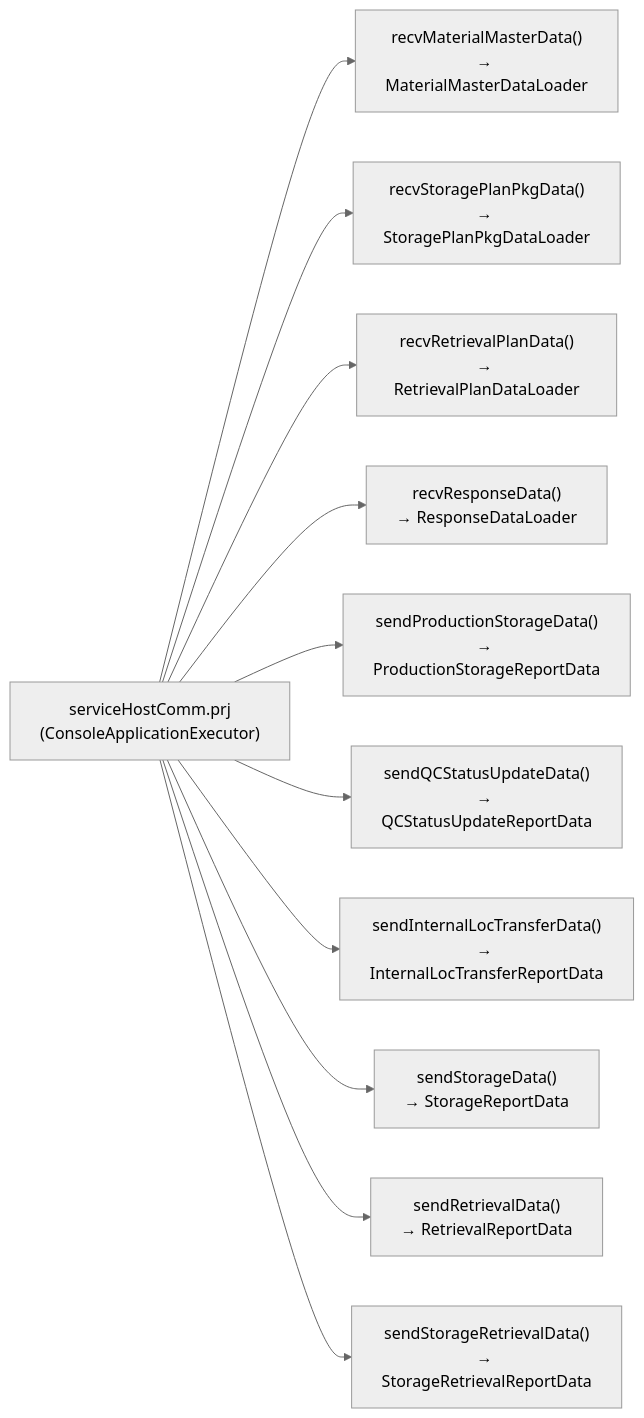
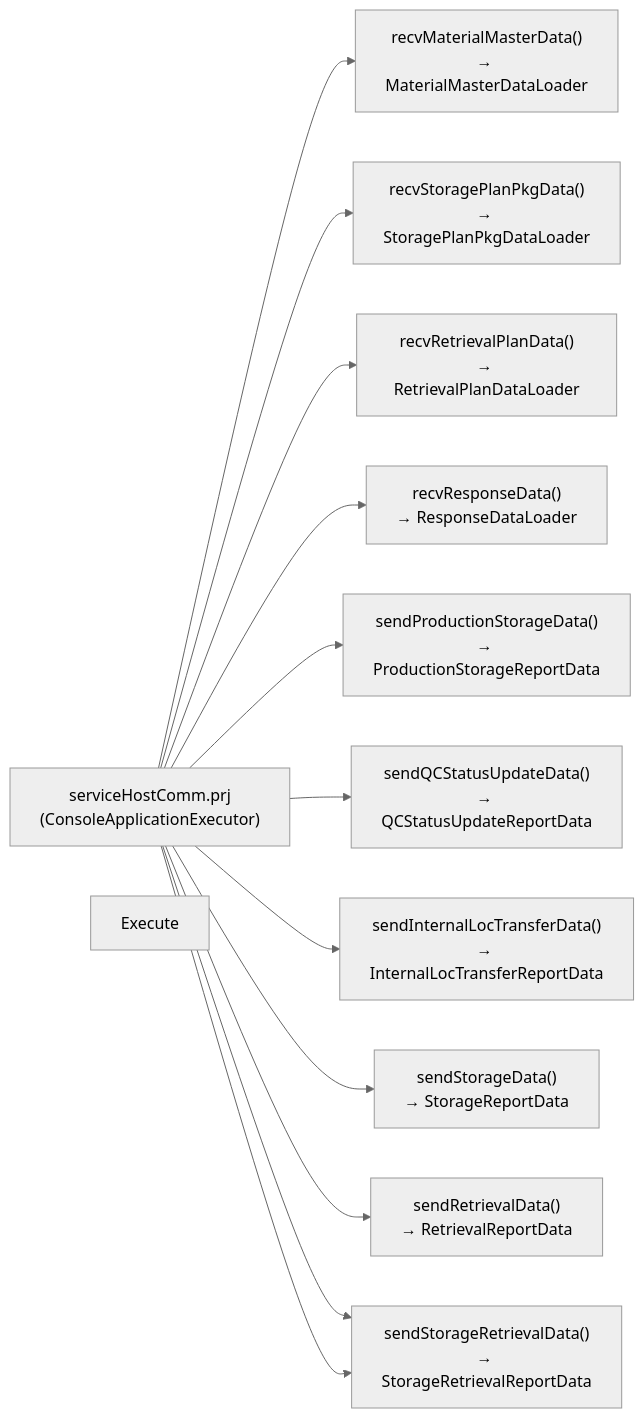
The diagram in Basic-Design/Host-Interfaces.md (luthfiadityaa/SimeDarby-Wiki), drawn with Mermaid (neutral theme) before and after one commit.

Commit message:
Updated Host Interfaces

```diff
--- a/Basic-Design/Host-Interfaces.md
+++ b/Basic-Design/Host-Interfaces.md
@@ -31,24 +31,27 @@
 ::: mermaid
 flowchart LR
         C1["serviceHostComm.prj<br>(ConsoleApplicationExecutor)"]
         C2["recvMaterialMasterData()<br>→ MaterialMasterDataLoader"]
         C3["recvStoragePlanPkgData()<br>→ StoragePlanPkgDataLoader"]
         C4["recvRetrievalPlanData()<br>→ RetrievalPlanDataLoader"]
         C5["recvResponseData()<br>→ ResponseDataLoader"]
         C6["sendProductionStorageData()<br>→ ProductionStorageReportData"]
         C7["sendQCStatusUpdateData()<br>→ QCStatusUpdateReportData"]
         C8["sendInternalLocTransferData()<br>→ InternalLocTransferReportData"]
         C9["sendStorageData()<br>→ StorageReportData"]
         C10["sendRetrievalData()<br>→ RetrievalReportData"]
         C11["sendStorageRetrievalData()<br>→ StorageRetrievalReportData"]
         C1 --> C2
         C1 --> C3
         C1 --> C4
         C1 --> C5
         C1 --> C6
         C1 --> C7
         C1 --> C8
         C1 --> C9
         C1 --> C10
         C1 --> C11
+
+        C12["Execute"]
+        C1 --> C11
 :::
```
